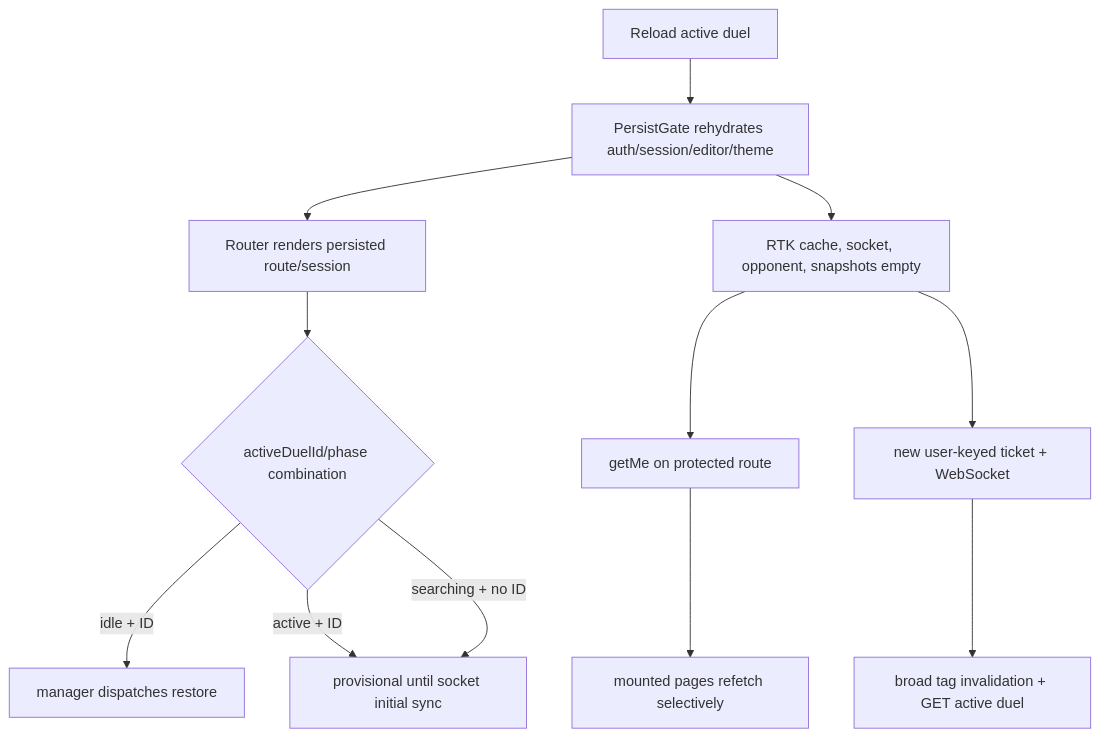
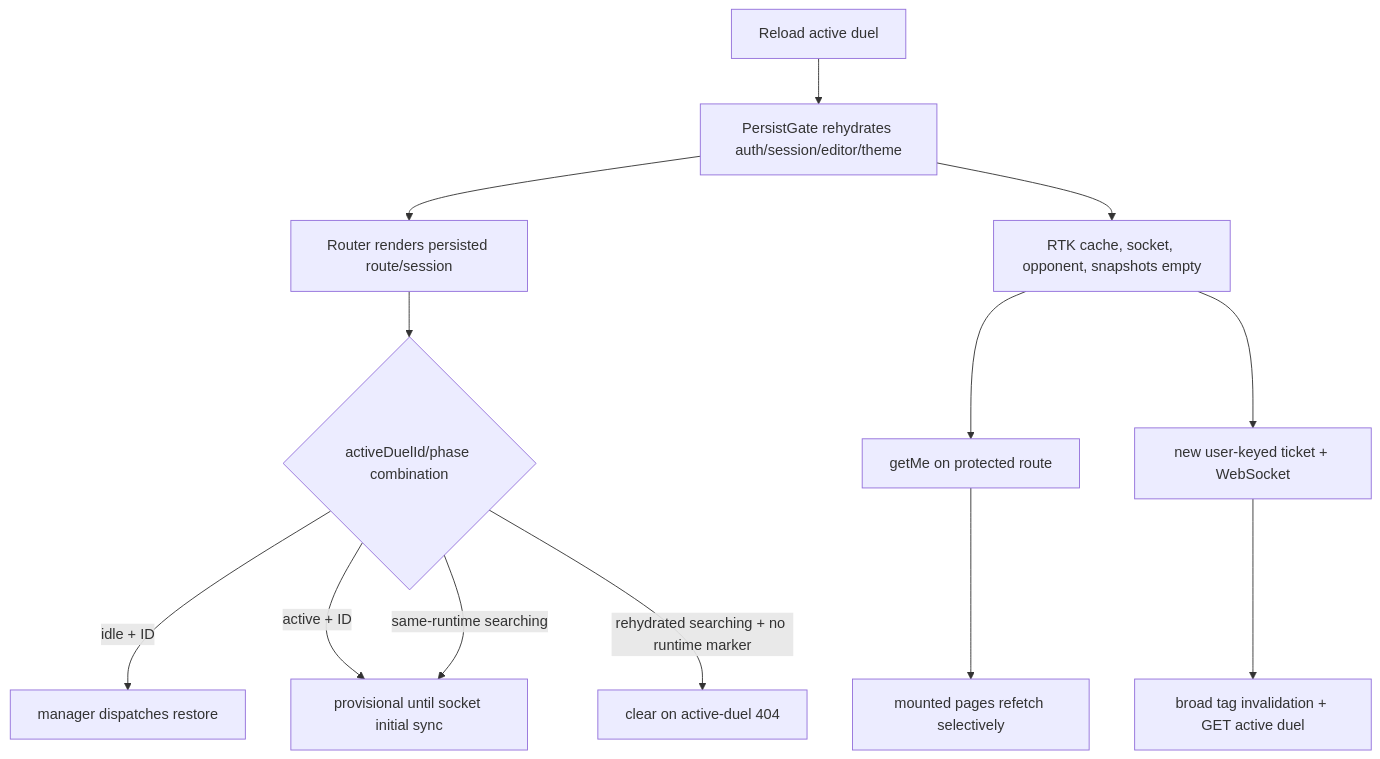
Before and after one commit to DIvanCode/CoDuels-Frontend: the diagram in docs/processes/reload-recovery-and-multiple-tabs.md, drawn with Mermaid. The commit also changed other lines of this file and 6 other files, not shown here.

Commit message:
fix(duel-session): clear rehydrated searches

````diff
--- a/docs/processes/reload-recovery-and-multiple-tabs.md
+++ b/docs/processes/reload-recovery-and-multiple-tabs.md
@@ -46,14 +46,15 @@
 ```mermaid
 flowchart TD
     reload["Reload active duel"] --> gate["PersistGate rehydrates auth/session/editor/theme"]
     gate --> route["Router renders persisted route/session"]
     gate --> empty["RTK cache, socket, opponent, snapshots empty"]
     empty --> auth["getMe on protected route"]
     empty --> socket["new user-keyed ticket + WebSocket"]
     route --> active{"activeDuelId/phase combination"}
     active -- idle + ID --> restore["manager dispatches restore"]
     active -- active + ID --> provisional["provisional until socket initial sync"]
-    active -- searching + no ID --> provisional
+    active -- same-runtime searching --> provisional
+    active -- rehydrated searching + no runtime marker --> staleSearch["clear on active-duel 404"]
     auth --> queries["mounted pages refetch selectively"]
     socket --> invalidate["broad tag invalidation + GET active duel"]
 ```
````
